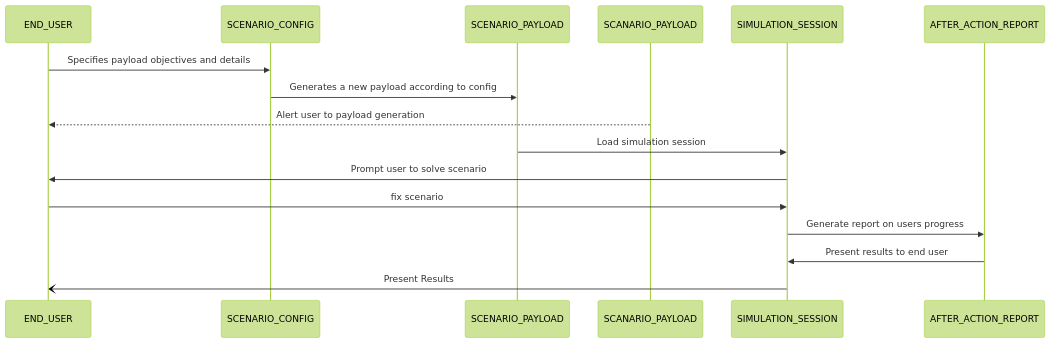
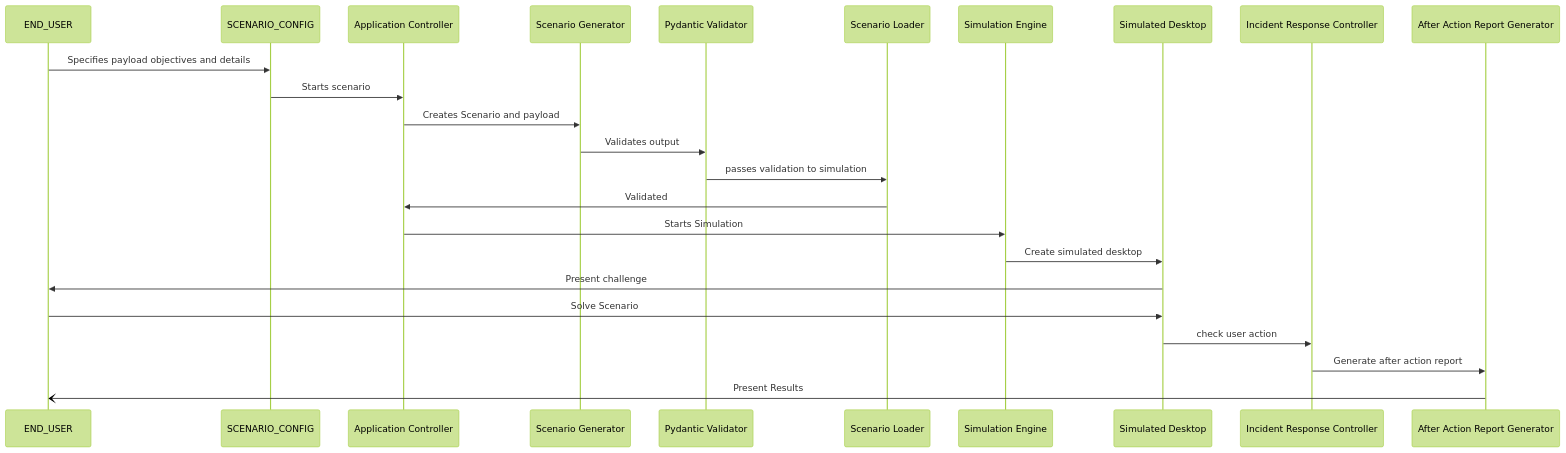
The diagram in docs/design/scenario-sequence.md (jvillacorte/CPSC490-G14-Cyber-Squad), drawn with Mermaid (forest theme) before and after one commit. The commit also changed 1 other file, not shown here.

Commit message:
Fix sequence diagram

````diff
--- a/docs/design/scenario-sequence.md
+++ b/docs/design/scenario-sequence.md
@@ -14,12 +14,16 @@
 ```mermaid
 sequenceDiagram
 END_USER ->> SCENARIO_CONFIG: Specifies payload objectives and details
-SCENARIO_CONFIG ->> SCENARIO_PAYLOAD: Generates a new payload according to config
-SCANARIO_PAYLOAD -->> END_USER: Alert user to payload generation
-SCENARIO_PAYLOAD ->> SIMULATION_SESSION: Load simulation session
-SIMULATION_SESSION->> END_USER: Prompt user to solve scenario
-END_USER ->> SIMULATION_SESSION: fix scenario
-SIMULATION_SESSION ->> AFTER_ACTION_REPORT: Generate report on users progress
-AFTER_ACTION_REPORT ->> SIMULATION_SESSION: Present results to end user
-SIMULATION_SESSION -) END_USER: Present Results
+SCENARIO_CONFIG ->> Application Controller: Starts scenario
+Application Controller ->> Scenario Generator: Creates Scenario and payload
+Scenario Generator ->> Pydantic Validator: Validates output
+Pydantic Validator ->> Scenario Loader: passes validation to simulation
+Scenario Loader ->> Application Controller: Validated
+Application Controller ->> Simulation Engine: Starts Simulation
+Simulation Engine ->> Simulated Desktop: Create simulated desktop
+Simulated Desktop ->> END_USER: Present challenge
+END_USER ->> Simulated Desktop: Solve Scenario
+Simulated Desktop ->> Incident Response Controller: check user action
+Incident Response Controller ->> After Action Report Generator: Generate after action report
+After Action Report Generator -) END_USER: Present Results
 ```
````
